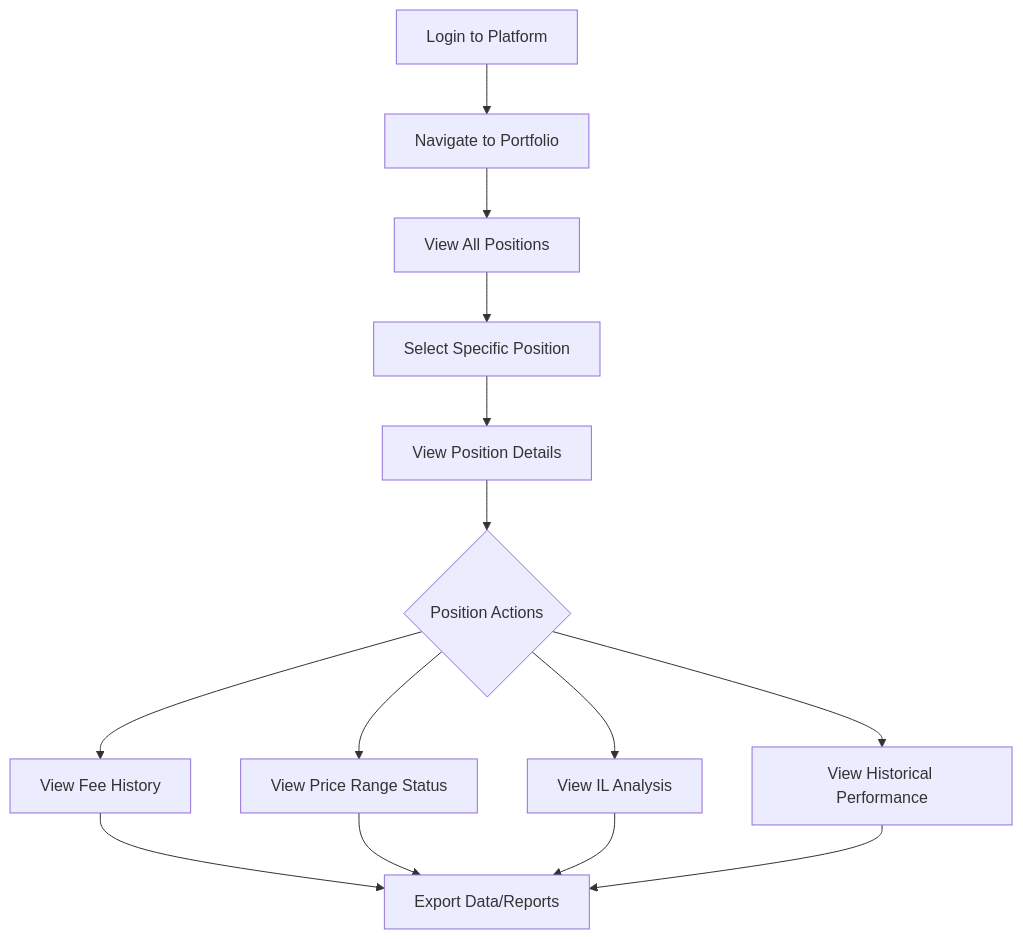
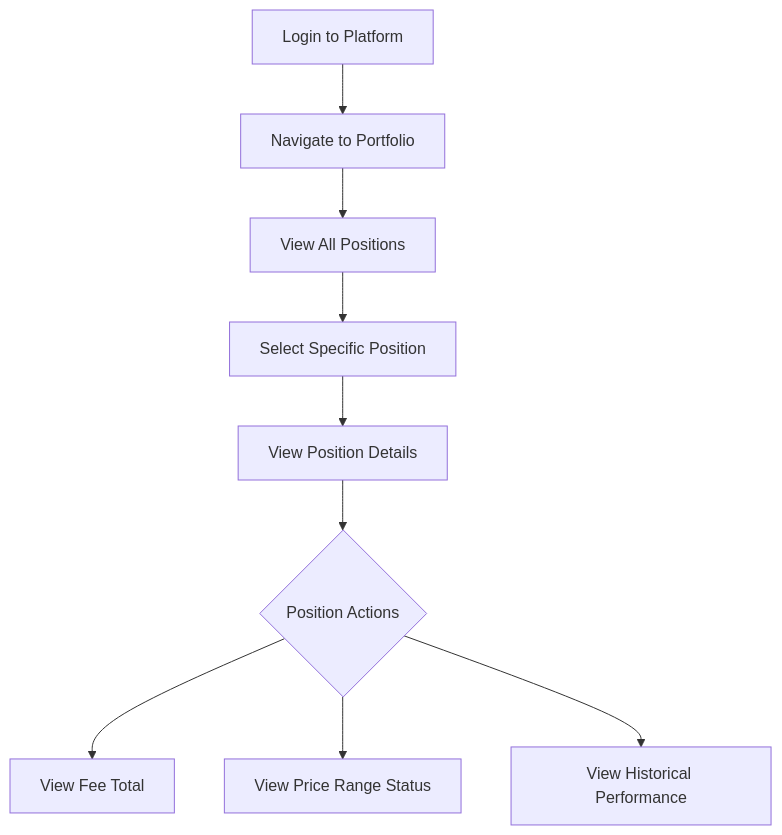
Before and after one commit to mira-amm/mira-amm-web: the third of 5 diagrams in docs/mira-user-stories.md, drawn with Mermaid. The commit also changed other lines of this file, not shown here.

Commit message:
docs: Update swap user flow to reflect routing comparision v1,v2

````diff
--- a/docs/mira-user-stories.md
+++ b/docs/mira-user-stories.md
@@ -286,16 +358,11 @@
 ```mermaid
 graph TD
     A[Login to Platform] --> B[Navigate to Portfolio]
     B --> C[View All Positions]
     C --> D[Select Specific Position]
     D --> E[View Position Details]
     E --> F{Position Actions}
-    F --> G[View Fee History]
+    F --> G[View Fee Total]
     F --> H[View Price Range Status]
-    F --> I[View IL Analysis]
     F --> J[View Historical Performance]
-    G --> K[Export Data/Reports]
-    H --> K
-    I --> K
-    J --> K
 ```
````
